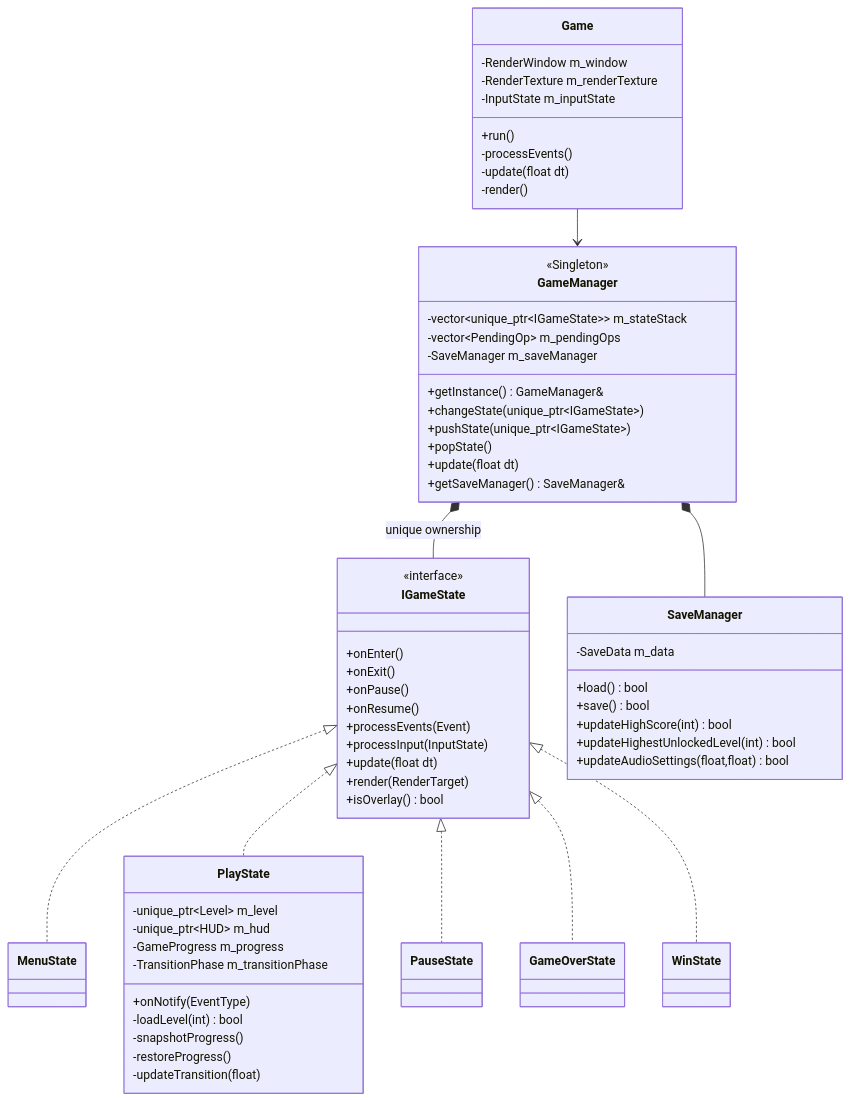
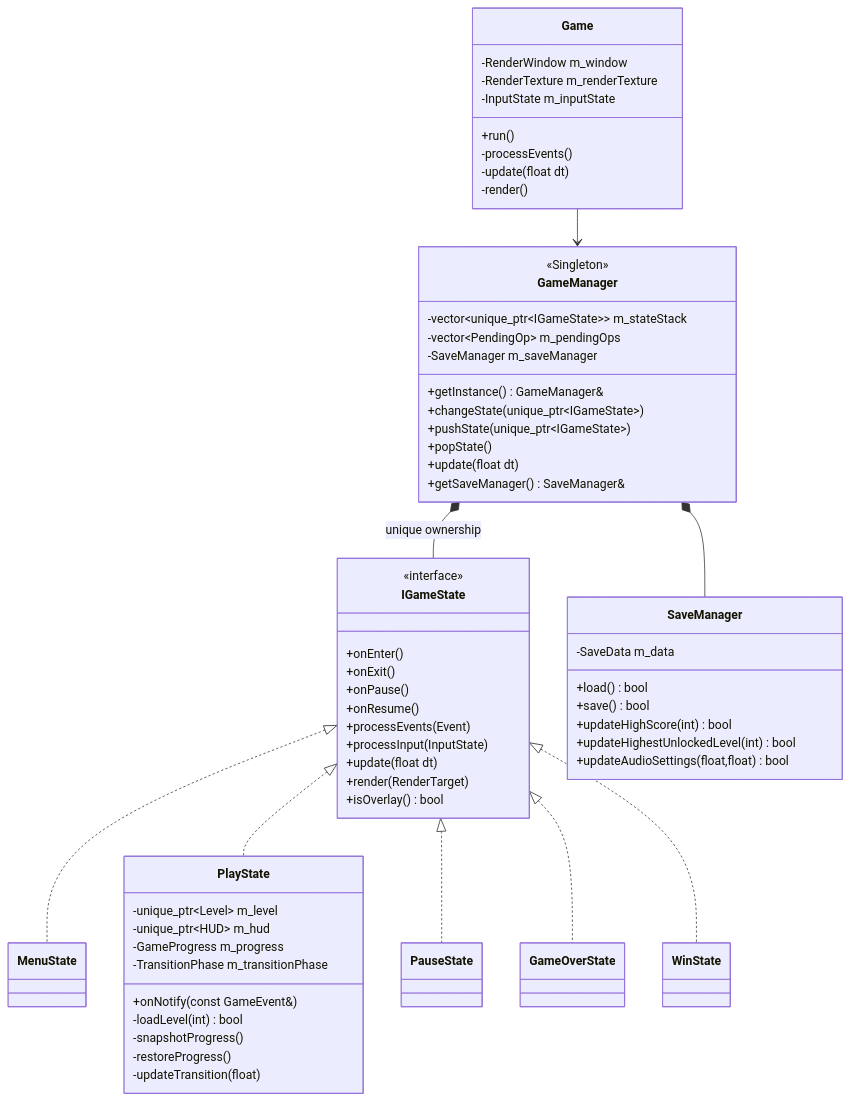
The first of 4 diagrams in docs/class_diagram.md (baoduong2342007/CS202-Group04-FinalProject), drawn with Mermaid before and after one commit. The commit also changed other lines of this file and 15 other files, not shown here.

````diff
--- a/docs/class_diagram.md
+++ b/docs/class_diagram.md
@@ -12,73 +9,73 @@
 ```mermaid
 classDiagram
     direction TB
 
     class Game {
         -RenderWindow m_window
         -RenderTexture m_renderTexture
         -InputState m_inputState
         +run()
         -processEvents()
         -update(float dt)
         -render()
     }
 
     class GameManager {
         <<Singleton>>
         -vector~unique_ptr~IGameState~~ m_stateStack
         -vector~PendingOp~ m_pendingOps
         -SaveManager m_saveManager
         +getInstance() GameManager&
         +changeState(unique_ptr~IGameState~)
         +pushState(unique_ptr~IGameState~)
         +popState()
         +update(float dt)
         +getSaveManager() SaveManager&
     }
 
     class IGameState {
         <<interface>>
         +onEnter()
         +onExit()
         +onPause()
         +onResume()
         +processEvents(Event)
         +processInput(InputState)
         +update(float dt)
         +render(RenderTarget)
         +isOverlay() bool
     }
 
     class MenuState
     class PlayState {
         -unique_ptr~Level~ m_level
         -unique_ptr~HUD~ m_hud
         -GameProgress m_progress
         -TransitionPhase m_transitionPhase
-        +onNotify(EventType)
+        +onNotify(const GameEvent&)
         -loadLevel(int) bool
         -snapshotProgress()
         -restoreProgress()
         -updateTransition(float)
     }
     class PauseState
     class GameOverState
     class WinState
     class SaveManager {
         -SaveData m_data
         +load() bool
         +save() bool
         +updateHighScore(int) bool
         +updateHighestUnlockedLevel(int) bool
         +updateAudioSettings(float,float) bool
     }
 
     Game --> GameManager
     GameManager *-- IGameState : unique ownership
     GameManager *-- SaveManager
     IGameState <|.. MenuState
     IGameState <|.. PlayState
     IGameState <|.. PauseState
     IGameState <|.. GameOverState
     IGameState <|.. WinState
 ```
````
